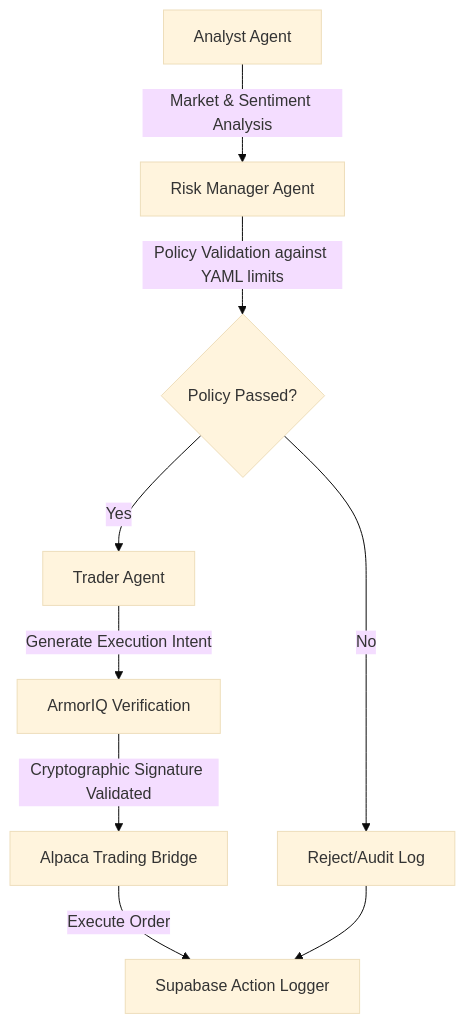
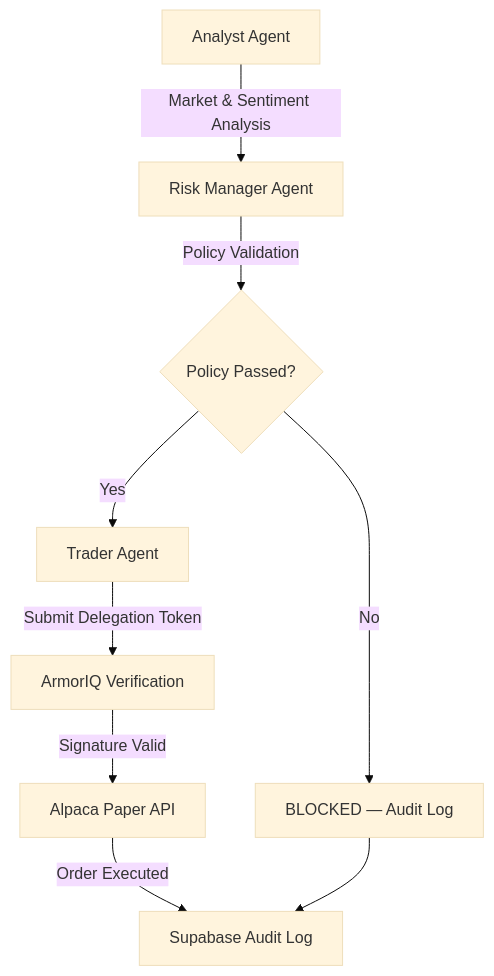
The diagram in README.md (Karthi-dev123/ShieldTrade-Ossome-Hacks3.0), drawn with Mermaid (base theme) before and after one commit. The commit also changed other lines of this file and 53 other files, not shown here.

Commit message:
Production release: Architecture, Security Model, and E2E Tests

````diff
--- a/README.md
+++ b/README.md
@@ -15,11 +131,11 @@
 ```mermaid
 graph TD
     A[Analyst Agent] -->|Market & Sentiment Analysis| B[Risk Manager Agent]
-    B -->|Policy Validation against YAML limits| C{Policy Passed?}
+    B -->|Policy Validation| C{Policy Passed?}
     C -- Yes --> D[Trader Agent]
-    C -- No --> E[Reject/Audit Log]
-    D -->|Generate Execution Intent| F[ArmorIQ Verification]
-    F -->|Cryptographic Signature Validated| G[Alpaca Trading Bridge]
-    G -->|Execute Order| H[Supabase Action Logger]
+    C -- No --> E[BLOCKED — Audit Log]
+    D -->|Submit Delegation Token| F[ArmorIQ Verification]
+    F -->|Signature Valid| G[Alpaca Paper API]
+    G -->|Order Executed| H[Supabase Audit Log]
     E --> H
 ```
````
